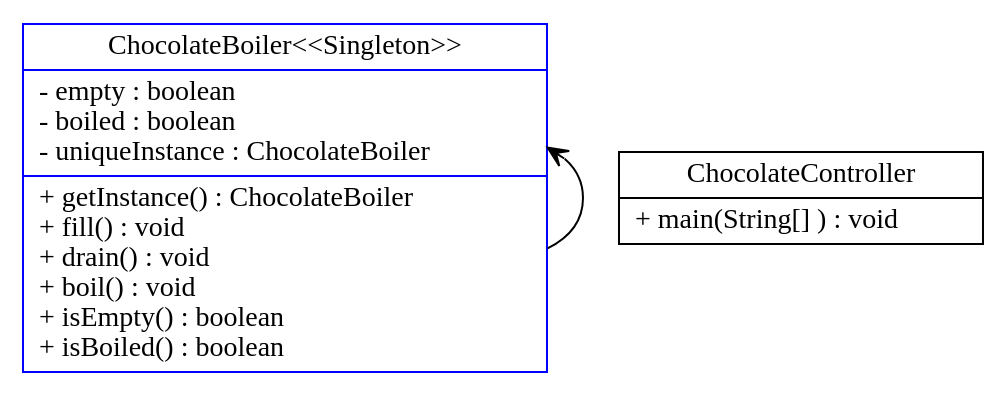
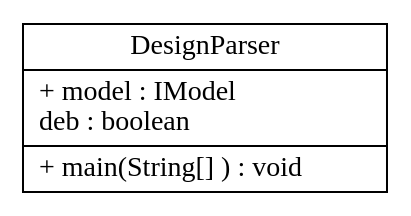
Before and after one commit to tandoni/374DesignProject: the diagram in input_output/GraphForGraphViz.gv, drawn with Graphviz. The commit also changed 4 other files, not shown here.

```diff
--- a/input_output/GraphForGraphViz.gv
+++ b/input_output/GraphForGraphViz.gv
@@ -1,15 +1,8 @@
 digraph example { 
 rankdir=BT;
-ChocolateBoiler [
+DesignParser [
 shape="record",
-color="blue", label = "{ChocolateBoiler
-\<\<Singleton\>\>| - empty : boolean\l- boiled : boolean\l- uniqueInstance : ChocolateBoiler\l|+ getInstance() : ChocolateBoiler\l+ fill() : void\l+ drain() : void\l+ boil() : void\l+ isEmpty() : boolean\l+ isBoiled() : boolean\l}"
+label = "{DesignParser| + model : IModel\l  deb : boolean\l|+ main(String[] ) : void\l}"
 ];
 
-ChocolateController [
-shape="record",
-label = "{ChocolateController| + main(String[] ) : void\l}"
-];
-
-
-ChocolateBoiler -> ChocolateBoiler [arrowhead = "vee"];}
+}
```
